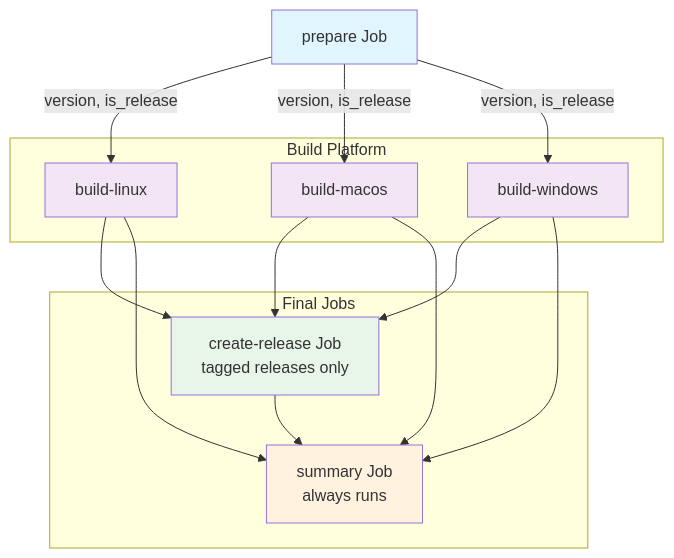
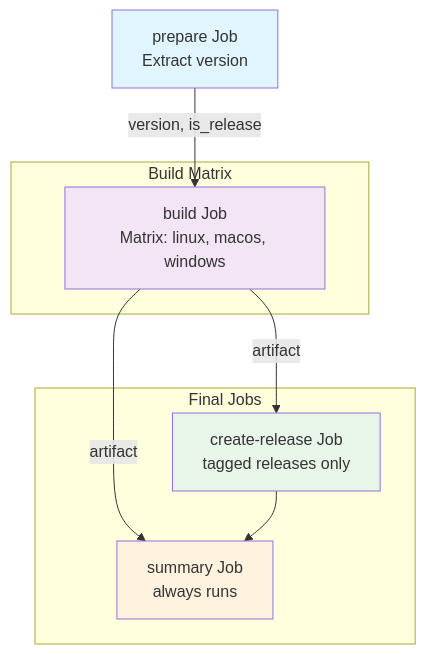
One commit to konsulin-care/focus changed the diagram in .github/workflows/README.md. Above: the diagram before and after it, drawn with Mermaid. The commit also changed other lines of this file and 4 other files, not shown here.

First line of the commit message:
ci(build): Consolidate platform-specific build actions into unified action

````diff
--- a/.github/workflows/README.md
+++ b/.github/workflows/README.md
@@ -30,33 +34,22 @@
 ```mermaid
 flowchart TD
-    A[prepare Job] -->|version, is_release| B[build-linux]
-    A -->|version, is_release| C[build-macos]
-    A -->|version, is_release| D[build-windows]
+    A[prepare Job<br/>Extract version] -->|version, is_release| B[build Job<br/>Matrix: linux, macos, windows]
     
-    B --> E[create-release Job<br/>tagged releases only]
-    C --> E
-    D --> E
+    B -->|artifact| C[create-release Job<br/>tagged releases only]
+    B -->|artifact| D[summary Job<br/>always runs]
+    C --> D
     
-    B --> F[summary Job<br/>always runs]
-    C --> F
-    D --> F
-    E --> F
+    subgraph Build Matrix
+    B
+    end
     
-    subgraph Build Platform
-    B
+    subgraph Final Jobs
     C
     D
     end
     
-    subgraph Final Jobs
-    E
-    F
-    end
-    
     style A fill:#e1f5fe
     style B fill:#f3e5f5
-    style C fill:#f3e5f5
-    style D fill:#f3e5f5
-    style E fill:#e8f5e9
-    style F fill:#fff3e0
+    style C fill:#e8f5e9
+    style D fill:#fff3e0
 ```
````
